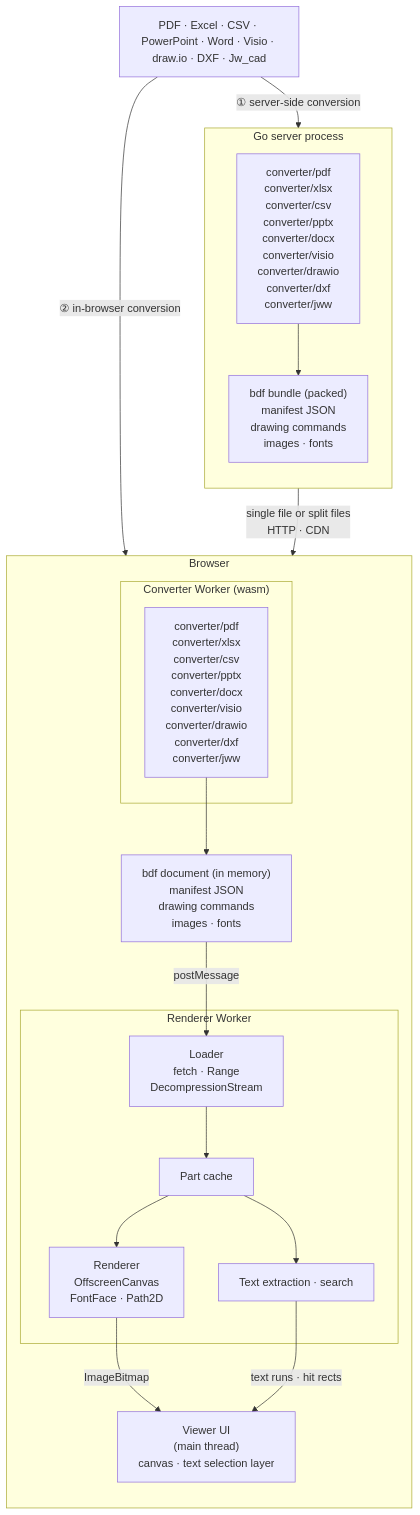
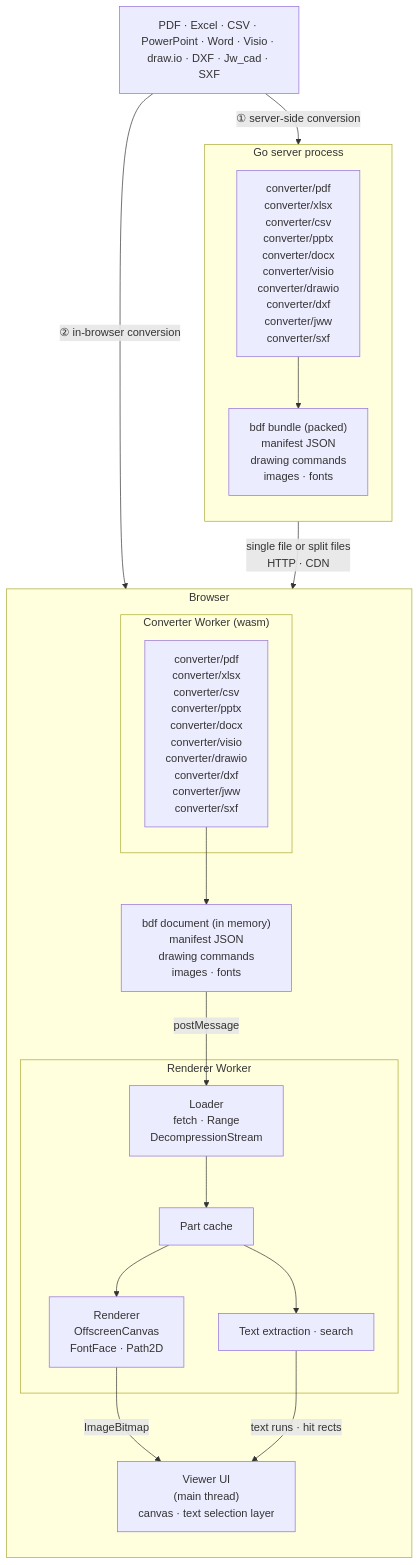
One commit to shibukawa/bdf changed the diagram in README.md. Above: the diagram before and after it, drawn with Mermaid. The commit also changed other lines of this file and 32 other files, not shown here.

First line of the commit message:
Add SXF converter to BDF, reading both P21 (and P2Z) and SFC

````diff
--- a/README.md
+++ b/README.md
@@ -13,37 +13,37 @@
 ```mermaid
 flowchart TB
-    SRC["PDF · Excel · CSV · PowerPoint · Word · Visio · draw.io · DXF · Jw_cad"]
+    SRC["PDF · Excel · CSV · PowerPoint · Word · Visio · draw.io · DXF · Jw_cad · SXF"]
 
     subgraph SERVER["Go server process"]
         direction TB
-        SCONV["converter/pdf<br/>converter/xlsx<br/>converter/csv<br/>converter/pptx<br/>converter/docx<br/>converter/visio<br/>converter/drawio<br/>converter/dxf<br/>converter/jww"]
+        SCONV["converter/pdf<br/>converter/xlsx<br/>converter/csv<br/>converter/pptx<br/>converter/docx<br/>converter/visio<br/>converter/drawio<br/>converter/dxf<br/>converter/jww<br/>converter/sxf"]
         BUNDLE["bdf bundle (packed)<br/>manifest JSON<br/>drawing commands<br/>images · fonts"]
         SCONV --> BUNDLE
     end
 
     subgraph BROWSER["Browser"]
         direction TB
         subgraph CWORKER["Converter Worker (wasm)"]
-            WCONV["converter/pdf<br/>converter/xlsx<br/>converter/csv<br/>converter/pptx<br/>converter/docx<br/>converter/visio<br/>converter/drawio<br/>converter/dxf<br/>converter/jww"]
+            WCONV["converter/pdf<br/>converter/xlsx<br/>converter/csv<br/>converter/pptx<br/>converter/docx<br/>converter/visio<br/>converter/drawio<br/>converter/dxf<br/>converter/jww<br/>converter/sxf"]
         end
         PARTS["bdf document (in memory)<br/>manifest JSON<br/>drawing commands<br/>images · fonts"]
         subgraph RWORKER["Renderer Worker"]
             LOADER["Loader<br/>fetch · Range<br/>DecompressionStream"]
             STORE["Part cache"]
             RENDER["Renderer<br/>OffscreenCanvas<br/>FontFace · Path2D"]
             TEXT["Text extraction · search"]
             LOADER --> STORE
             STORE --> RENDER
             STORE --> TEXT
         end
         UI["Viewer UI<br/>(main thread)<br/>canvas · text selection layer"]
         WCONV --> PARTS
     end
 
     SRC -- "① server-side conversion" --> SCONV
     SRC -- "② in-browser conversion" --> WCONV
     BUNDLE -- "single file or split files<br/>HTTP · CDN" --> LOADER
     PARTS -- "postMessage" --> LOADER
     RENDER -- "ImageBitmap" --> UI
     TEXT -- "text runs · hit rects" --> UI
 ```
````
